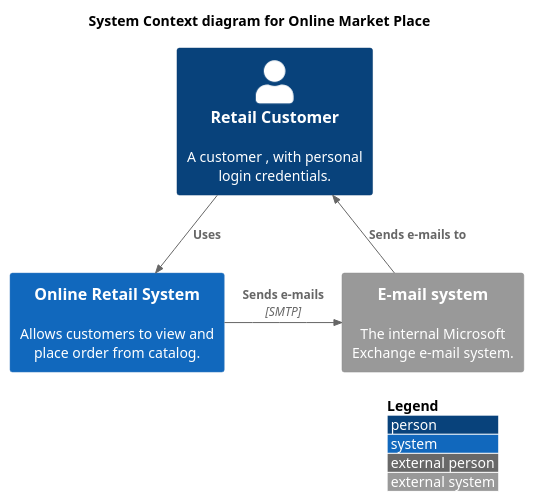
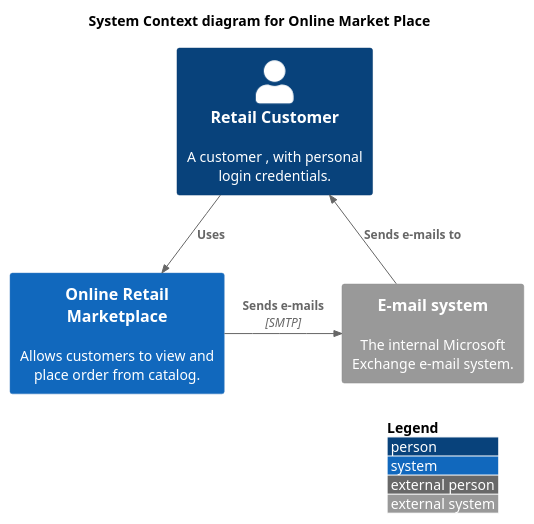
The diagram in marketplace-architecture-ms/src/adr/online_shopping_portal_system_context.puml (bhargrah/online-marketplace-project-ws), drawn with PlantUML before and after one commit. The commit also changed 1 other file, not shown here.

Commit message:
Adding Container Diagram (no database)

```diff
--- a/marketplace-architecture-ms/src/adr/online_shopping_portal_system_context.puml
+++ b/marketplace-architecture-ms/src/adr/online_shopping_portal_system_context.puml
@@ -1,18 +1,18 @@
 @startuml
 !includeurl https://raw.githubusercontent.com/RicardoNiepel/C4-PlantUML/master/C4_Context.puml
 ' uncomment the following line and comment the first to use locally
 '!include ../C4_Context.puml
 
 LAYOUT_WITH_LEGEND()
 
 title System Context diagram for Online Market Place
 
 Person(customer, "Retail Customer", "A customer , with personal login credentials.")
-System(online_shopping_system, "Online Retail System", "Allows customers to view and place order from catalog.")
+System(online_shopping_system, "Online Retail Marketplace", "Allows customers to view and place order from catalog.")
 
 System_Ext(mail_system, "E-mail system", "The internal Microsoft Exchange e-mail system.")
 
 Rel(customer, online_shopping_system, "Uses")
 Rel_Back(customer, mail_system, "Sends e-mails to")
 Rel_Neighbor(online_shopping_system, mail_system, "Sends e-mails", "SMTP")
 @enduml
```
